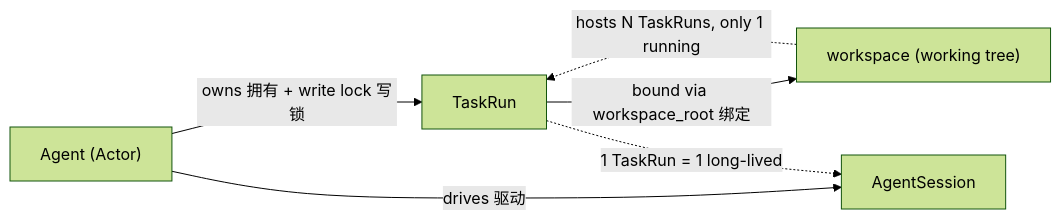
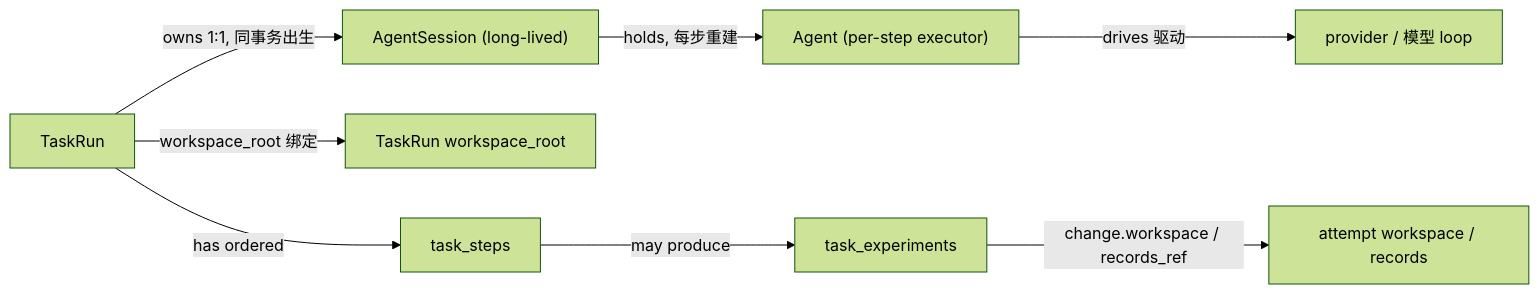
One commit to masszhou/NeoMAGI_v2 changed the diagram in design_docs/GLOSSARY.md. Above: the diagram before and after it, drawn with Mermaid (forest theme). The commit also changed other lines of this file and 1 other file, not shown here.

Commit message:
Clarify workspace terminology and expose postgres port

````diff
--- a/design_docs/GLOSSARY.md
+++ b/design_docs/GLOSSARY.md
@@ -65,13 +68,10 @@
 ```mermaid
 graph LR
-  Agent["Agent (Actor)"]
-  TaskRun["TaskRun"]
-  Session["AgentSession"]
-  Workspace["workspace (working tree)"]
-
-  Agent -->|owns 拥有 + write lock 写锁| TaskRun
-  Agent -->|drives 驱动| Session
-  TaskRun -->|"bound via workspace_root 绑定"| Workspace
-  TaskRun -.->|"1 TaskRun = 1 long-lived"| Session
-  Workspace -.->|"hosts N TaskRuns, only 1 running"| TaskRun
+  TaskRun["TaskRun"] -->|"owns 1:1, 同事务出生"| Session["AgentSession (long-lived)"]
+  Session -->|"holds, 每步重建"| Agent["Agent (per-step executor)"]
+  Agent -->|"drives 驱动"| Loop["provider / 模型 loop"]
+  TaskRun -->|"workspace_root 绑定"| WorkspaceRoot["TaskRun workspace_root"]
+  TaskRun -->|"has ordered"| Step["task_steps"]
+  Step -->|"may produce"| TaskExperiment["task_experiments"]
+  TaskExperiment -->|"change.workspace / records_ref"| AttemptWorkspace["attempt workspace / records"]
 ```
````
